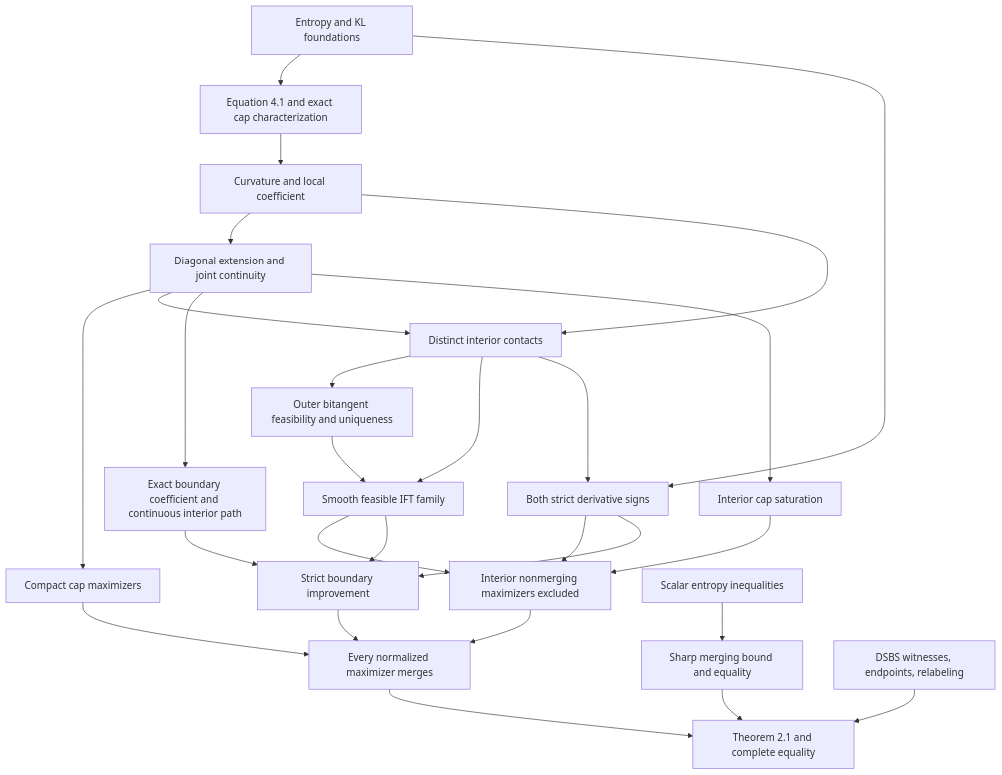
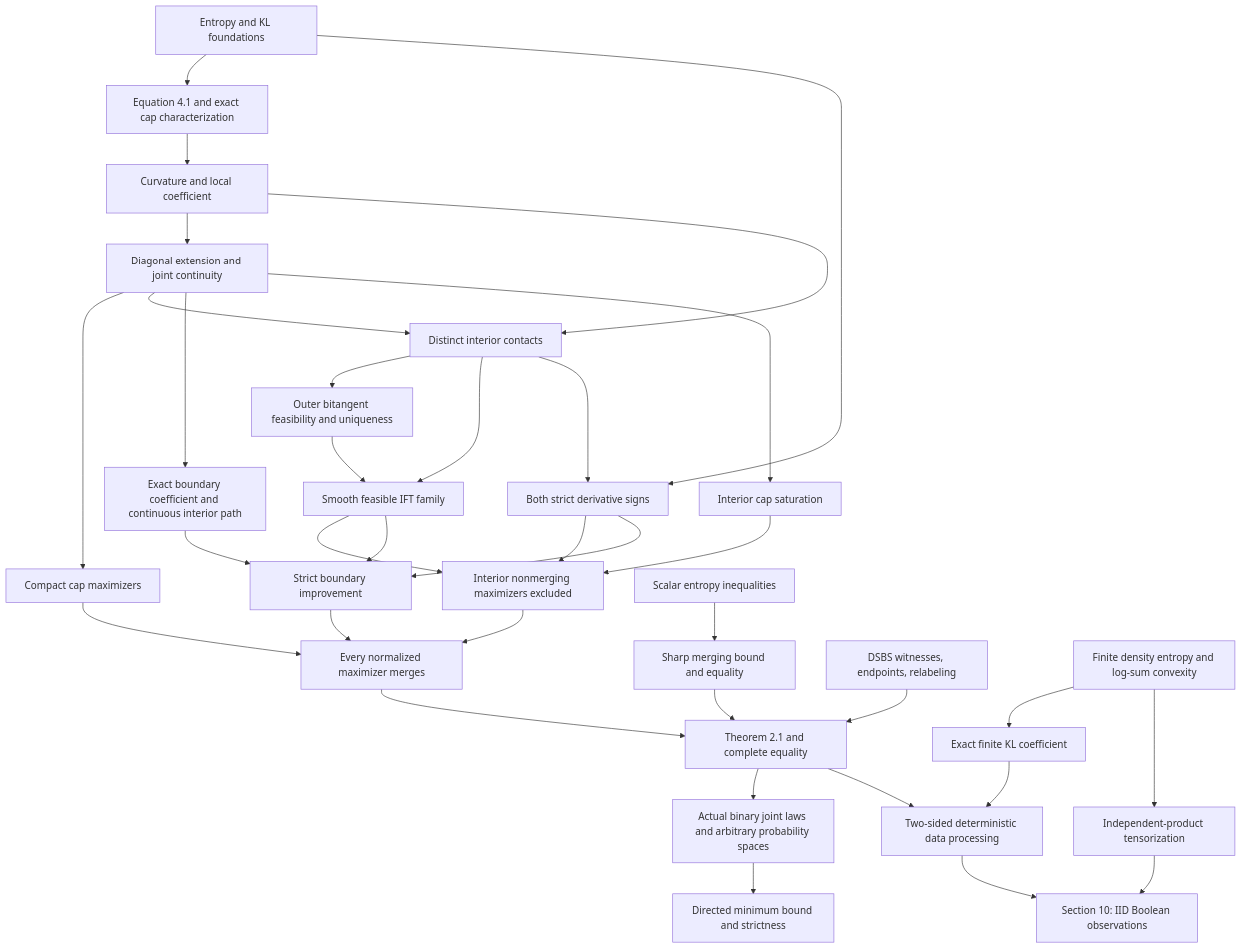
The diagram in blueprint.md (Rebecca0v0/Lean_A-Sharp-Mutual-Information-Bound-for-Binary-Pairs), drawn with Mermaid before and after one commit. The commit also changed other lines of this file and 20 other files, not shown here.

First line of the commit message:
Prove the probability-space interface and Section 10 consequences

````diff
--- a/blueprint.md
+++ b/blueprint.md
@@ -37,29 +39,37 @@
 ```mermaid
 flowchart TD
   A[Entropy and KL foundations] --> B[Equation 4.1 and exact cap characterization]
   B --> C[Curvature and local coefficient]
   C --> D[Diagonal extension and joint continuity]
   D --> E[Compact cap maximizers]
   C --> F[Distinct interior contacts]
   D --> F
   F --> G[Outer bitangent feasibility and uniqueness]
   G --> H[Smooth feasible IFT family]
   F --> H
   A --> I[Both strict derivative signs]
   F --> I
   H --> J[Interior nonmerging maximizers excluded]
   I --> J
   D --> K[Exact boundary coefficient and continuous interior path]
   H --> L[Strict boundary improvement]
   I --> L
   K --> L
   D --> M[Interior cap saturation]
   E --> N[Every normalized maximizer merges]
   J --> N
   L --> N
   M --> J
   O[Scalar entropy inequalities] --> P[Sharp merging bound and equality]
   P --> Q[Theorem 2.1 and complete equality]
   N --> Q
   R[DSBS witnesses, endpoints, relabeling] --> Q
+  Q --> RV[Actual binary joint laws and arbitrary probability spaces]
+  FE[Finite density entropy and log-sum convexity] --> KL[Exact finite KL coefficient]
+  FE --> TP[Independent-product tensorization]
+  KL --> DP[Two-sided deterministic data processing]
+  Q --> DP
+  TP --> S10[Section 10: IID Boolean observations]
+  DP --> S10
+  RV --> DIR[Directed minimum bound and strictness]
 ```
````
